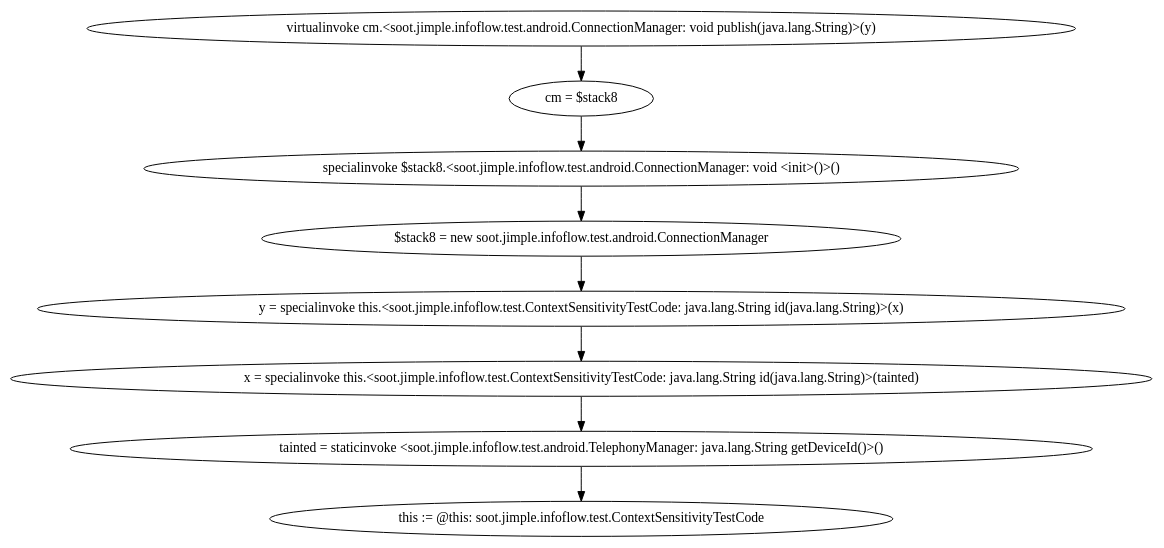
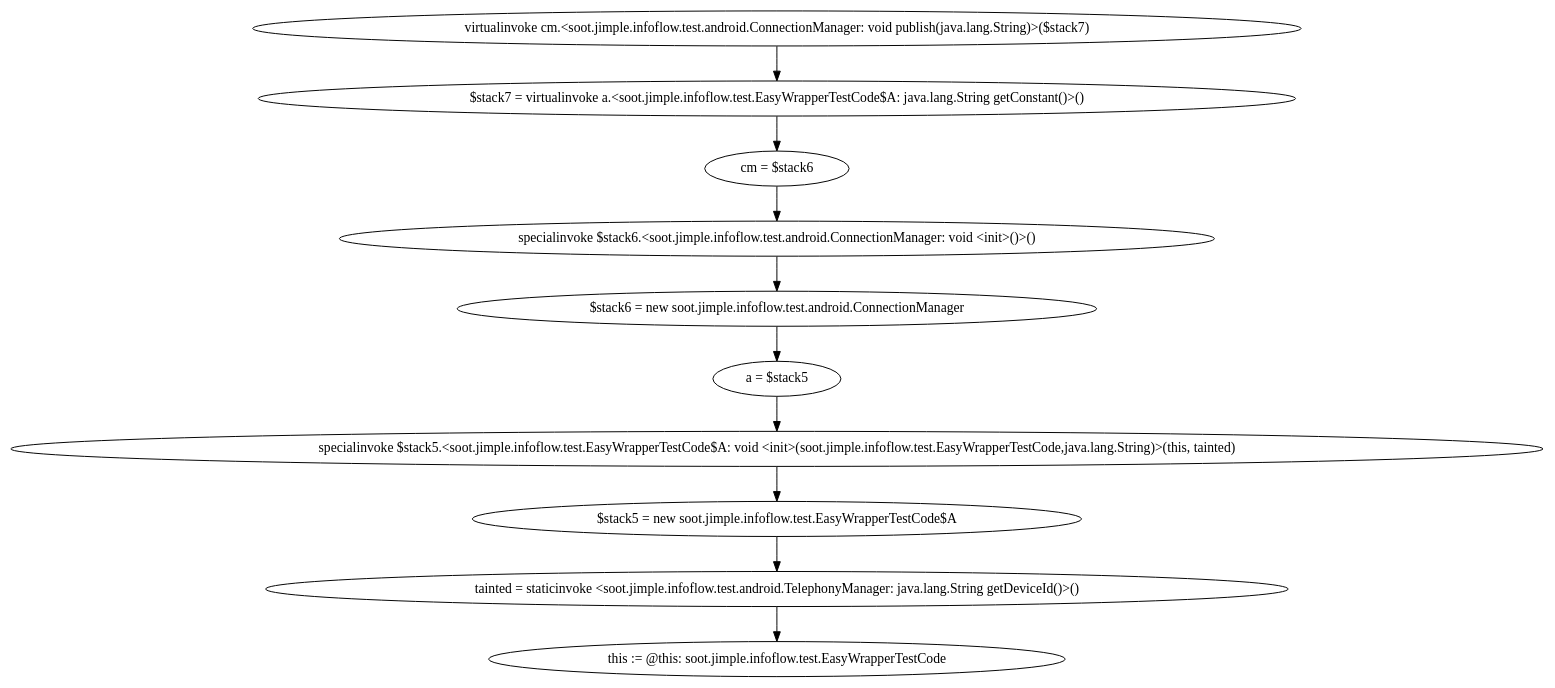
Before and after one commit to t1mlange/FlowDroid: the diagram in soot-infoflow/dotfiles/0.dot, drawn with Graphviz. The commit also changed 2 other files, not shown here.

Commit message:
wrapper rule

```diff
--- a/soot-infoflow/dotfiles/0.dot
+++ b/soot-infoflow/dotfiles/0.dot
@@ -1,17 +1,21 @@
 digraph "" {
-    "virtualinvoke cm.<soot.jimple.infoflow.test.android.ConnectionManager: void publish(java.lang.String)>(y)"
-    "cm = $stack8"
-    "virtualinvoke cm.<soot.jimple.infoflow.test.android.ConnectionManager: void publish(java.lang.String)>(y)"->"cm = $stack8";
-    "specialinvoke $stack8.<soot.jimple.infoflow.test.android.ConnectionManager: void <init>()>()"
-    "cm = $stack8"->"specialinvoke $stack8.<soot.jimple.infoflow.test.android.ConnectionManager: void <init>()>()";
-    "$stack8 = new soot.jimple.infoflow.test.android.ConnectionManager"
-    "specialinvoke $stack8.<soot.jimple.infoflow.test.android.ConnectionManager: void <init>()>()"->"$stack8 = new soot.jimple.infoflow.test.android.ConnectionManager";
-    "y = specialinvoke this.<soot.jimple.infoflow.test.ContextSensitivityTestCode: java.lang.String id(java.lang.String)>(x)"
-    "$stack8 = new soot.jimple.infoflow.test.android.ConnectionManager"->"y = specialinvoke this.<soot.jimple.infoflow.test.ContextSensitivityTestCode: java.lang.String id(java.lang.String)>(x)";
-    "x = specialinvoke this.<soot.jimple.infoflow.test.ContextSensitivityTestCode: java.lang.String id(java.lang.String)>(tainted)"
-    "y = specialinvoke this.<soot.jimple.infoflow.test.ContextSensitivityTestCode: java.lang.String id(java.lang.String)>(x)"->"x = specialinvoke this.<soot.jimple.infoflow.test.ContextSensitivityTestCode: java.lang.String id(java.lang.String)>(tainted)";
+    "virtualinvoke cm.<soot.jimple.infoflow.test.android.ConnectionManager: void publish(java.lang.String)>($stack7)"
+    "$stack7 = virtualinvoke a.<soot.jimple.infoflow.test.EasyWrapperTestCode$A: java.lang.String getConstant()>()"
+    "virtualinvoke cm.<soot.jimple.infoflow.test.android.ConnectionManager: void publish(java.lang.String)>($stack7)"->"$stack7 = virtualinvoke a.<soot.jimple.infoflow.test.EasyWrapperTestCode$A: java.lang.String getConstant()>()";
+    "cm = $stack6"
+    "$stack7 = virtualinvoke a.<soot.jimple.infoflow.test.EasyWrapperTestCode$A: java.lang.String getConstant()>()"->"cm = $stack6";
+    "specialinvoke $stack6.<soot.jimple.infoflow.test.android.ConnectionManager: void <init>()>()"
+    "cm = $stack6"->"specialinvoke $stack6.<soot.jimple.infoflow.test.android.ConnectionManager: void <init>()>()";
+    "$stack6 = new soot.jimple.infoflow.test.android.ConnectionManager"
+    "specialinvoke $stack6.<soot.jimple.infoflow.test.android.ConnectionManager: void <init>()>()"->"$stack6 = new soot.jimple.infoflow.test.android.ConnectionManager";
+    "a = $stack5"
+    "$stack6 = new soot.jimple.infoflow.test.android.ConnectionManager"->"a = $stack5";
+    "specialinvoke $stack5.<soot.jimple.infoflow.test.EasyWrapperTestCode$A: void <init>(soot.jimple.infoflow.test.EasyWrapperTestCode,java.lang.String)>(this, tainted)"
+    "a = $stack5"->"specialinvoke $stack5.<soot.jimple.infoflow.test.EasyWrapperTestCode$A: void <init>(soot.jimple.infoflow.test.EasyWrapperTestCode,java.lang.String)>(this, tainted)";
+    "$stack5 = new soot.jimple.infoflow.test.EasyWrapperTestCode$A"
+    "specialinvoke $stack5.<soot.jimple.infoflow.test.EasyWrapperTestCode$A: void <init>(soot.jimple.infoflow.test.EasyWrapperTestCode,java.lang.String)>(this, tainted)"->"$stack5 = new soot.jimple.infoflow.test.EasyWrapperTestCode$A";
     "tainted = staticinvoke <soot.jimple.infoflow.test.android.TelephonyManager: java.lang.String getDeviceId()>()"
-    "x = specialinvoke this.<soot.jimple.infoflow.test.ContextSensitivityTestCode: java.lang.String id(java.lang.String)>(tainted)"->"tainted = staticinvoke <soot.jimple.infoflow.test.android.TelephonyManager: java.lang.String getDeviceId()>()";
-    "this := @this: soot.jimple.infoflow.test.ContextSensitivityTestCode"
-    "tainted = staticinvoke <soot.jimple.infoflow.test.android.TelephonyManager: java.lang.String getDeviceId()>()"->"this := @this: soot.jimple.infoflow.test.ContextSensitivityTestCode";
+    "$stack5 = new soot.jimple.infoflow.test.EasyWrapperTestCode$A"->"tainted = staticinvoke <soot.jimple.infoflow.test.android.TelephonyManager: java.lang.String getDeviceId()>()";
+    "this := @this: soot.jimple.infoflow.test.EasyWrapperTestCode"
+    "tainted = staticinvoke <soot.jimple.infoflow.test.android.TelephonyManager: java.lang.String getDeviceId()>()"->"this := @this: soot.jimple.infoflow.test.EasyWrapperTestCode";
 }
```
